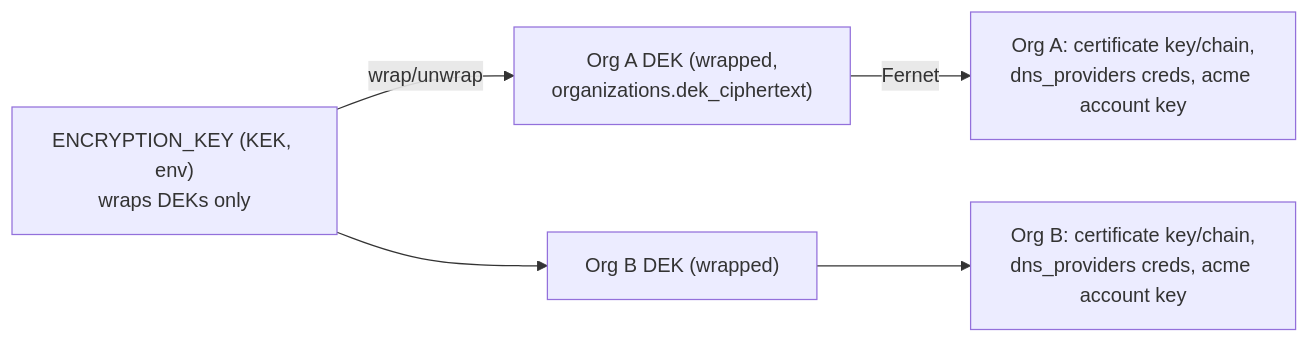
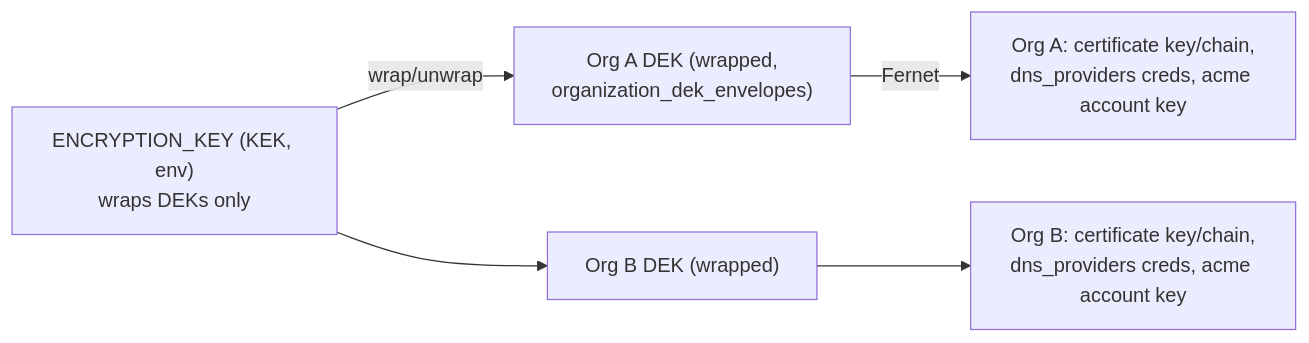
The fifth of 5 diagrams in docs/phase5-design.md (emad60/nexusops), drawn with Mermaid before and after one commit. The commit also changed other lines of this file and 19 other files, not shown here.

````diff
--- a/docs/phase5-design.md
+++ b/docs/phase5-design.md
@@ -799,7 +799,7 @@
 ```mermaid
 flowchart LR
-    KEK["ENCRYPTION_KEY (KEK, env)<br/>wraps DEKs only"] -->|wrap/unwrap| D1["Org A DEK (wrapped,<br/>organizations.dek_ciphertext)"]
+    KEK["ENCRYPTION_KEY (KEK, env)<br/>wraps DEKs only"] -->|wrap/unwrap| D1["Org A DEK (wrapped,<br/>organization_dek_envelopes)"]
     KEK --> D2["Org B DEK (wrapped)"]
     D1 -->|"Fernet"| C1["Org A: certificate key/chain,<br/>dns_providers creds, acme account key"]
     D2 --> C2["Org B: certificate key/chain,<br/>dns_providers creds, acme account key"]
 ```
````
